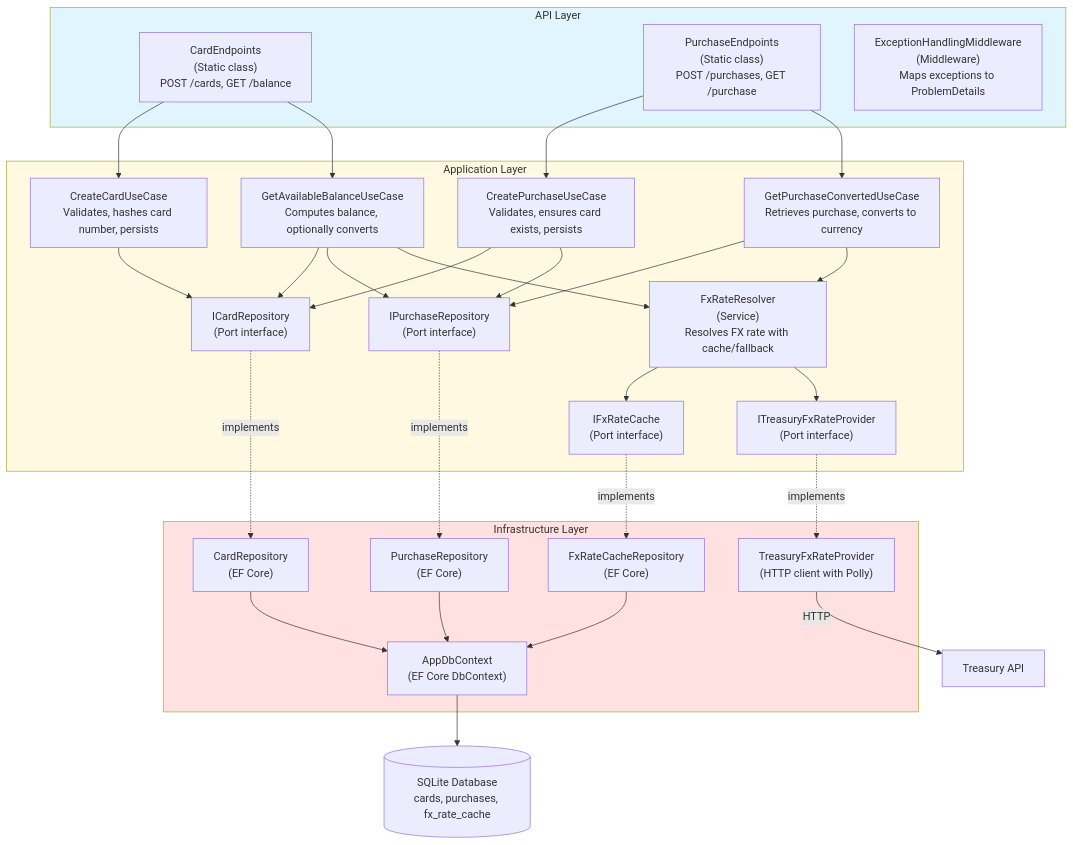
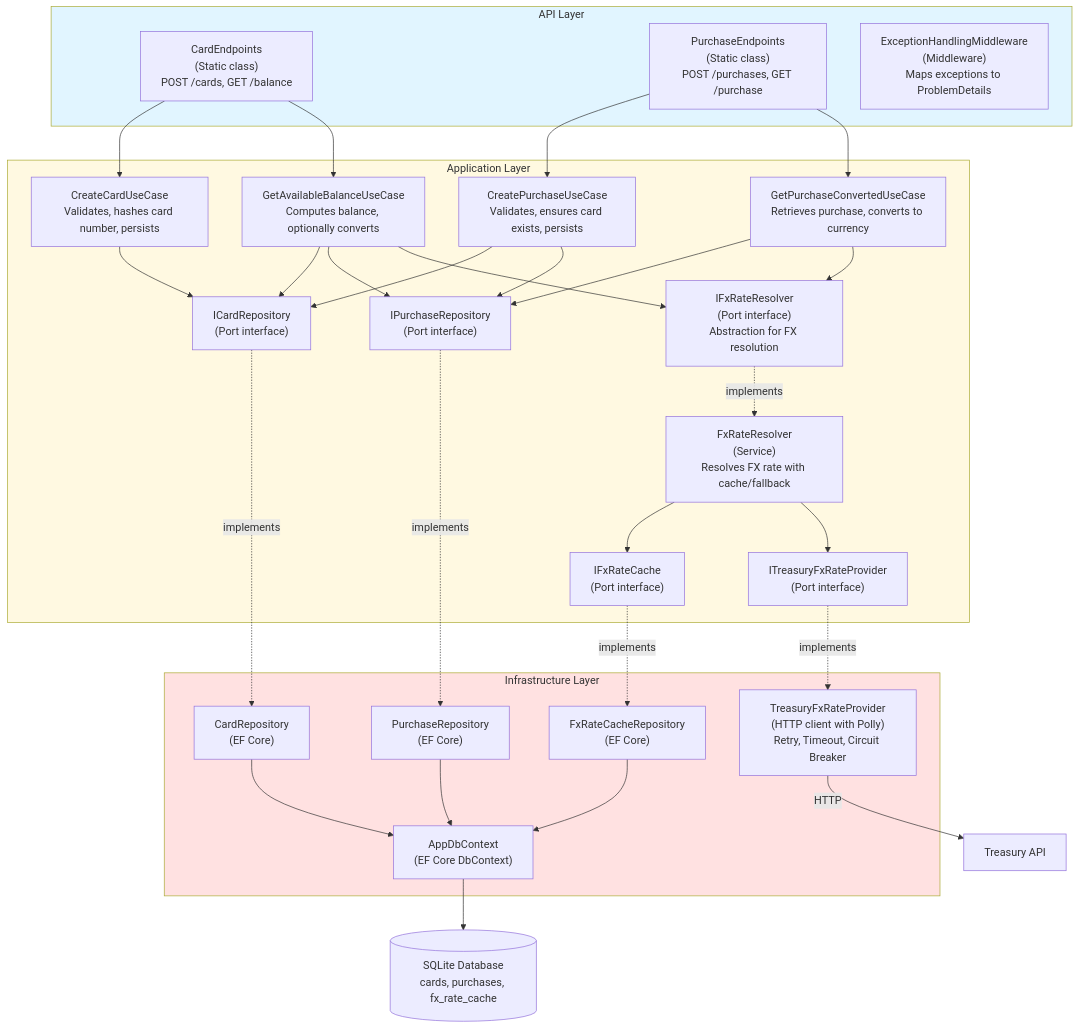
Before and after one commit to timshel-debug/card-ledger: the diagram in docs/diagrams/03-c4-component.md, drawn with Mermaid. The commit also changed 31 other files, not shown here.

First line of the commit message:
fix(alignfeat(cardservice): harden infra config, add FX resolver abstraction, and improve docs/tests

````diff
--- a/docs/diagrams/03-c4-component.md
+++ b/docs/diagrams/03-c4-component.md
@@ -14,62 +14,64 @@
 ```mermaid
 flowchart TB
     subgraph API["API Layer"]
         cardEndpoints["CardEndpoints<br/>(Static class)<br/>POST /cards, GET /balance"]
         purchaseEndpoints["PurchaseEndpoints<br/>(Static class)<br/>POST /purchases, GET /purchase"]
         exceptionMiddleware["ExceptionHandlingMiddleware<br/>(Middleware)<br/>Maps exceptions to ProblemDetails"]
     end
 
     subgraph Application["Application Layer"]
         createCardUseCase["CreateCardUseCase<br/>Validates, hashes card number, persists"]
         createPurchaseUseCase["CreatePurchaseUseCase<br/>Validates, ensures card exists, persists"]
         getPurchaseConvertedUseCase["GetPurchaseConvertedUseCase<br/>Retrieves purchase, converts to currency"]
         getBalanceUseCase["GetAvailableBalanceUseCase<br/>Computes balance, optionally converts"]
+        fxResolverInterface["IFxRateResolver<br/>(Port interface)<br/>Abstraction for FX resolution"]
         fxResolver["FxRateResolver<br/>(Service)<br/>Resolves FX rate with cache/fallback"]
         cardRepo["ICardRepository<br/>(Port interface)"]
         purchaseRepo["IPurchaseRepository<br/>(Port interface)"]
         fxCache["IFxRateCache<br/>(Port interface)"]
         fxProvider["ITreasuryFxRateProvider<br/>(Port interface)"]
     end
 
     subgraph Infrastructure["Infrastructure Layer"]
         cardRepoImpl["CardRepository<br/>(EF Core)"]
         purchaseRepoImpl["PurchaseRepository<br/>(EF Core)"]
         fxCacheImpl["FxRateCacheRepository<br/>(EF Core)"]
-        treasuryClient["TreasuryFxRateProvider<br/>(HTTP client with Polly)"]
+        treasuryClient["TreasuryFxRateProvider<br/>(HTTP client with Polly)<br/>Retry, Timeout, Circuit Breaker"]
         dbContext["AppDbContext<br/>(EF Core DbContext)"]
     end
 
     db[("SQLite Database<br/>cards, purchases, fx_rate_cache")]
 
     cardEndpoints --> createCardUseCase
     cardEndpoints --> getBalanceUseCase
     purchaseEndpoints --> createPurchaseUseCase
     purchaseEndpoints --> getPurchaseConvertedUseCase
     
     createCardUseCase --> cardRepo
     createPurchaseUseCase --> cardRepo
     createPurchaseUseCase --> purchaseRepo
     getPurchaseConvertedUseCase --> purchaseRepo
-    getPurchaseConvertedUseCase --> fxResolver
+    getPurchaseConvertedUseCase --> fxResolverInterface
     getBalanceUseCase --> cardRepo
     getBalanceUseCase --> purchaseRepo
-    getBalanceUseCase --> fxResolver
+    getBalanceUseCase --> fxResolverInterface
     
+    fxResolverInterface -.->|implements| fxResolver
     fxResolver --> fxCache
     fxResolver --> fxProvider
     
     cardRepo -.->|implements| cardRepoImpl
     purchaseRepo -.->|implements| purchaseRepoImpl
     fxCache -.->|implements| fxCacheImpl
     fxProvider -.->|implements| treasuryClient
     
     cardRepoImpl --> dbContext
     purchaseRepoImpl --> dbContext
     fxCacheImpl --> dbContext
     treasuryClient -->|HTTP| Treasury[Treasury API]
     dbContext --> db
     
     style API fill:#E1F5FF
     style Application fill:#FFF9E1
     style Infrastructure fill:#FFE1E1
 ```
````
